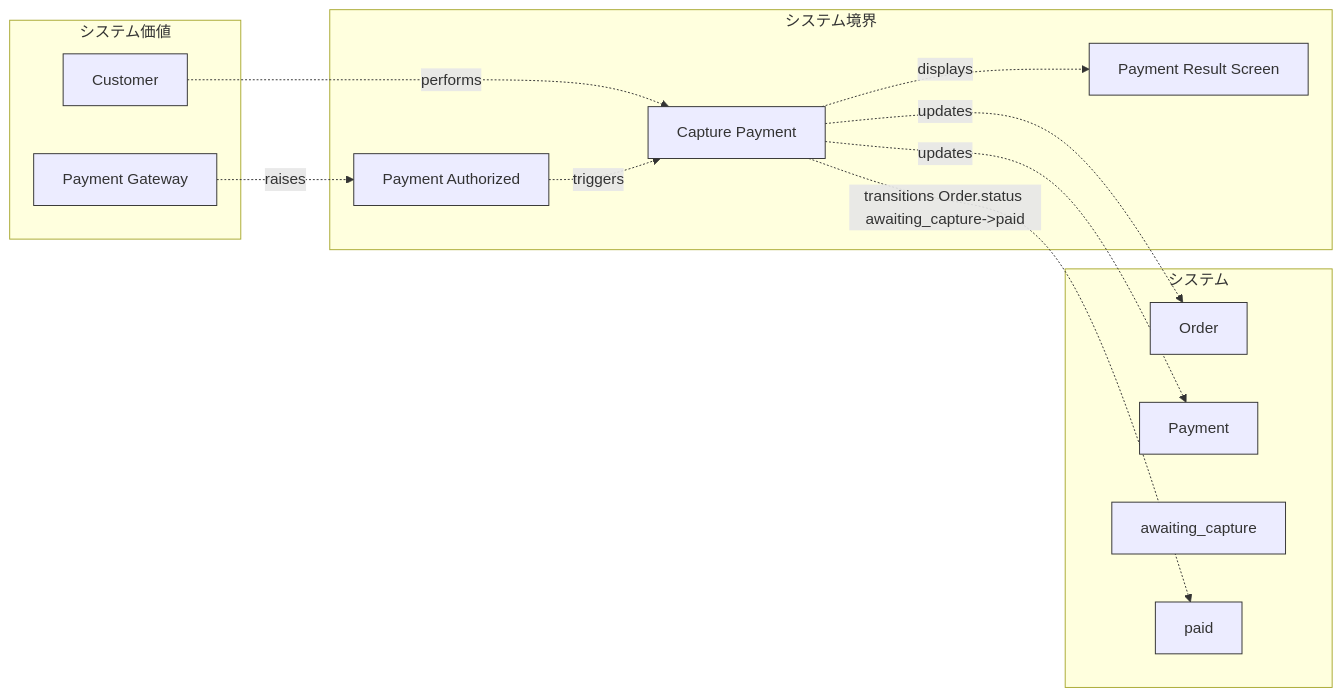
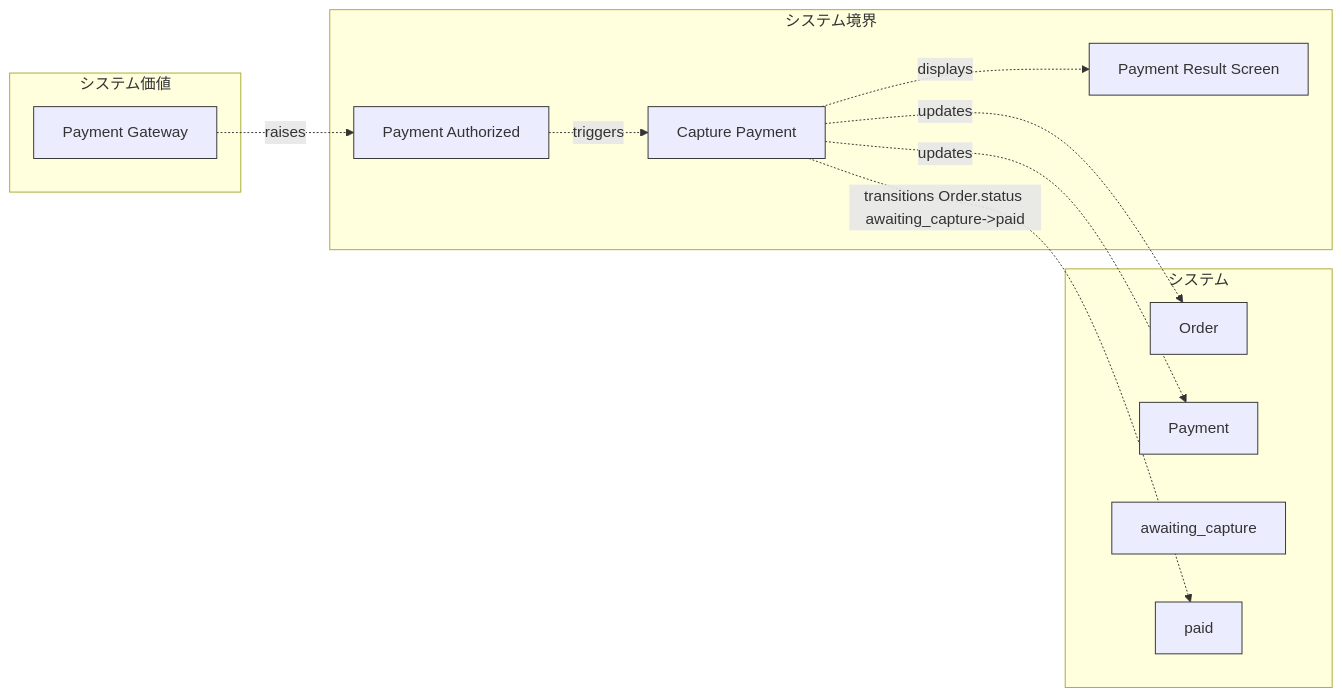
Before and after one commit to manji-0/rdra-ish-dsl: the diagram in samples/ec-site/out/usecase_capture.mmd, drawn with Mermaid. The commit also changed 9 other files, not shown here.

First line of the commit message:
fix(cli): draw no BUC or step actor on a use case an event or a timer starts

```diff
--- a/samples/ec-site/out/usecase_capture.mmd
+++ b/samples/ec-site/out/usecase_capture.mmd
@@ -1,37 +1,33 @@
 %% rdra-ish diagram=usecase scope=usecase:Capture model=samples/ec-site
 %% layers: value=システム価値 boundary=システム境界 system=システム
-%% kinds: actor extsystem usecase screen event entity state
+%% kinds: extsystem usecase screen event entity state
 %% omitted: buc api
 flowchart LR
   subgraph layer_value["システム価値"]
-    actor__Customer["Customer"]:::actor
     extsystem__PaymentGW["Payment Gateway"]:::extsystem
   end
   subgraph layer_boundary["システム境界"]
     usecase__Capture["Capture Payment"]:::usecase
     screen__PaymentResultScreen["Payment Result Screen"]:::screen
     event__EvPaymentAuthorized["Payment Authorized"]:::event
   end
   subgraph layer_system["システム"]
     entity__Order["Order"]:::entity
     entity__Payment["Payment"]:::entity
     state__Order_awaiting_capture["awaiting_capture"]:::state
     state__Order_paid["paid"]:::state
   end
-  actor__Customer -.->|performs| usecase__Capture
-  %% derived actor__Customer -> usecase__Capture via buc__BucPayment
   event__EvPaymentAuthorized -.->|triggers| usecase__Capture
   extsystem__PaymentGW -.->|raises| event__EvPaymentAuthorized
   usecase__Capture -.->|displays| screen__PaymentResultScreen
   usecase__Capture -.->|transitions Order.status awaiting_capture->paid| state__Order_paid
   usecase__Capture -.->|updates| entity__Order
   %% derived usecase__Capture -> entity__Order via api__PaymentCaptureApi
   usecase__Capture -.->|updates| entity__Payment
   %% derived usecase__Capture -> entity__Payment via api__PaymentCaptureApi
-  classDef actor stroke:#333;
   classDef extsystem stroke:#333;
   classDef usecase stroke:#333;
   classDef screen stroke:#333;
   classDef event stroke:#333;
   classDef entity stroke:#333;
   classDef state stroke:#333;
```
